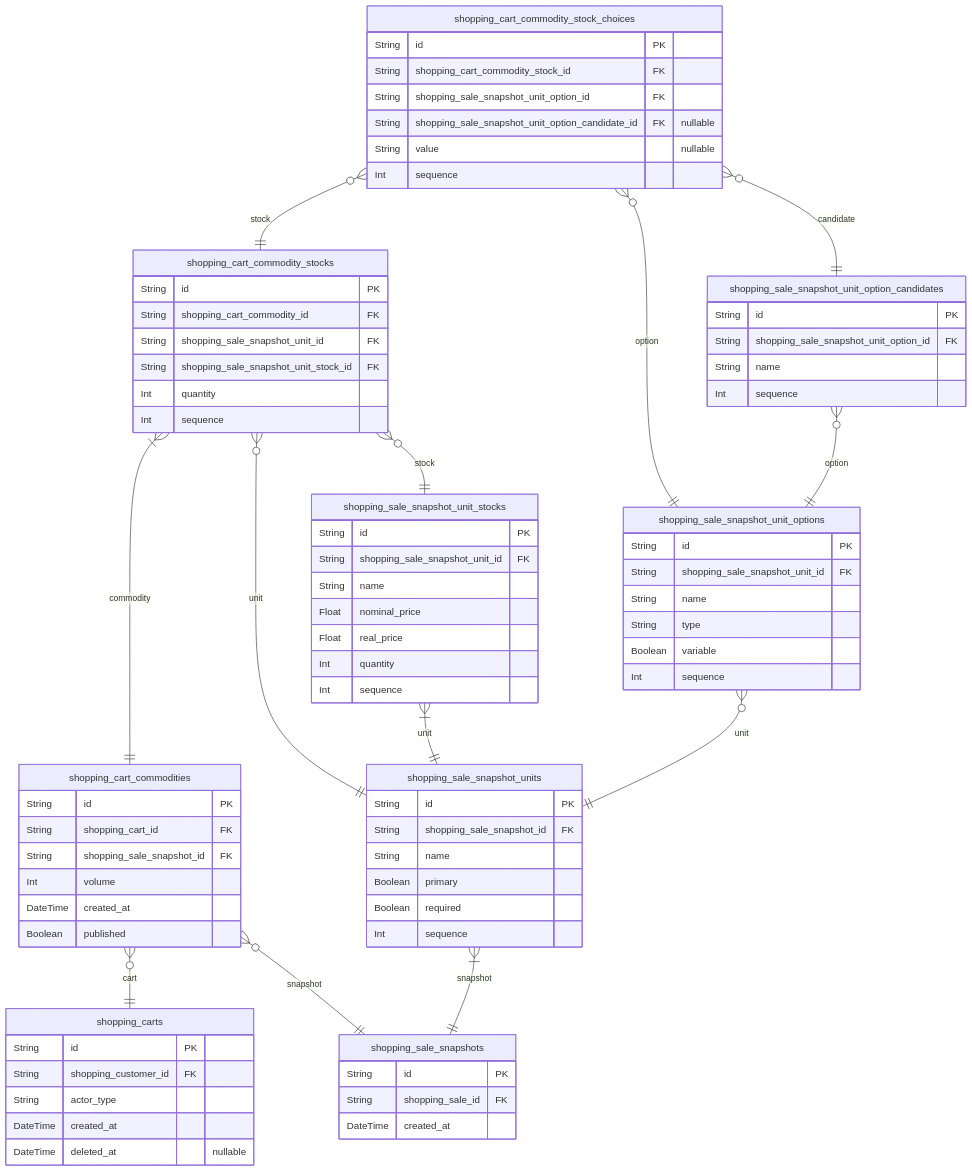
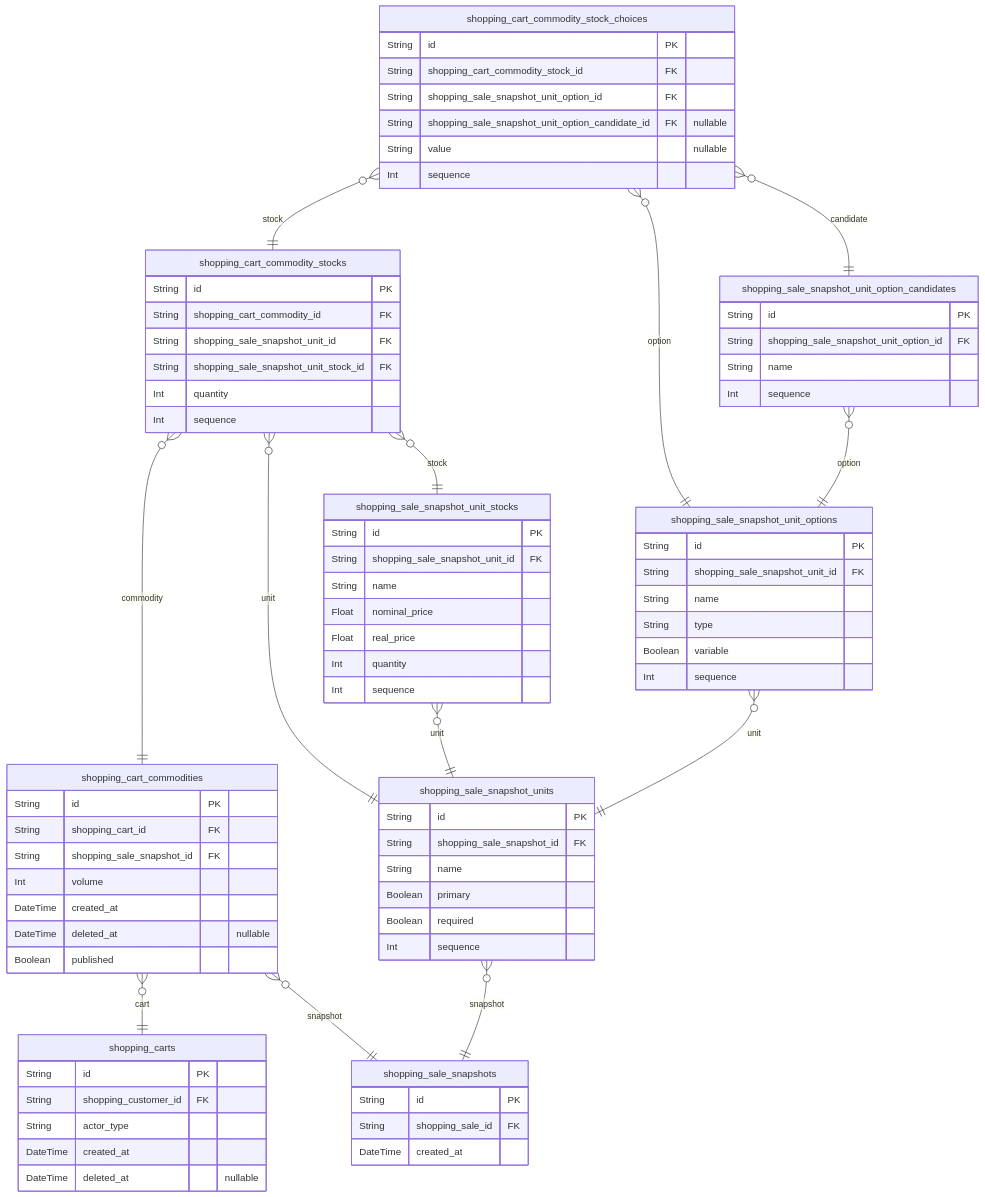
The fifth of 10 diagrams in ERD.md (samchon/prisma-markdown), drawn with Mermaid before and after one commit. The commit also changed other lines of this file and 13 other files, not shown here.

````diff
--- a/ERD.md
+++ b/ERD.md
@@ -1175,82 +1207,83 @@
 ```mermaid
 erDiagram
 "shopping_carts" {
-    String id PK
-    String shopping_customer_id FK
-    String actor_type
-    DateTime created_at
-    DateTime deleted_at "nullable"
+  String id PK
+  String shopping_customer_id FK
+  String actor_type
+  DateTime created_at
+  DateTime deleted_at "nullable"
 }
 "shopping_cart_commodities" {
-    String id PK
-    String shopping_cart_id FK
-    String shopping_sale_snapshot_id FK
-    Int volume
-    DateTime created_at
-    Boolean published
+  String id PK
+  String shopping_cart_id FK
+  String shopping_sale_snapshot_id FK
+  Int volume
+  DateTime created_at
+  DateTime deleted_at "nullable"
+  Boolean published
 }
 "shopping_cart_commodity_stocks" {
-    String id PK
-    String shopping_cart_commodity_id FK
-    String shopping_sale_snapshot_unit_id FK
-    String shopping_sale_snapshot_unit_stock_id FK
-    Int quantity
-    Int sequence
+  String id PK
+  String shopping_cart_commodity_id FK
+  String shopping_sale_snapshot_unit_id FK
+  String shopping_sale_snapshot_unit_stock_id FK
+  Int quantity
+  Int sequence
 }
 "shopping_cart_commodity_stock_choices" {
-    String id PK
-    String shopping_cart_commodity_stock_id FK
-    String shopping_sale_snapshot_unit_option_id FK
-    String shopping_sale_snapshot_unit_option_candidate_id FK "nullable"
-    String value "nullable"
-    Int sequence
+  String id PK
+  String shopping_cart_commodity_stock_id FK
+  String shopping_sale_snapshot_unit_option_id FK
+  String shopping_sale_snapshot_unit_option_candidate_id FK "nullable"
+  String value "nullable"
+  Int sequence
 }
 "shopping_sale_snapshots" {
-    String id PK
-    String shopping_sale_id FK
-    DateTime created_at
+  String id PK
+  String shopping_sale_id FK
+  DateTime created_at
 }
 "shopping_sale_snapshot_units" {
-    String id PK
-    String shopping_sale_snapshot_id FK
-    String name
-    Boolean primary
-    Boolean required
-    Int sequence
+  String id PK
+  String shopping_sale_snapshot_id FK
+  String name
+  Boolean primary
+  Boolean required
+  Int sequence
 }
 "shopping_sale_snapshot_unit_options" {
-    String id PK
-    String shopping_sale_snapshot_unit_id FK
-    String name
-    String type
-    Boolean variable
-    Int sequence
+  String id PK
+  String shopping_sale_snapshot_unit_id FK
+  String name
+  String type
+  Boolean variable
+  Int sequence
 }
 "shopping_sale_snapshot_unit_option_candidates" {
-    String id PK
-    String shopping_sale_snapshot_unit_option_id FK
-    String name
-    Int sequence
+  String id PK
+  String shopping_sale_snapshot_unit_option_id FK
+  String name
+  Int sequence
 }
 "shopping_sale_snapshot_unit_stocks" {
-    String id PK
-    String shopping_sale_snapshot_unit_id FK
-    String name
-    Float nominal_price
-    Float real_price
-    Int quantity
-    Int sequence
+  String id PK
+  String shopping_sale_snapshot_unit_id FK
+  String name
+  Float nominal_price
+  Float real_price
+  Int quantity
+  Int sequence
 }
 "shopping_cart_commodities" }o--|| "shopping_carts" : cart
 "shopping_cart_commodities" }o--|| "shopping_sale_snapshots" : snapshot
-"shopping_cart_commodity_stocks" }|--|| "shopping_cart_commodities" : commodity
+"shopping_cart_commodity_stocks" }o--|| "shopping_cart_commodities" : commodity
 "shopping_cart_commodity_stocks" }o--|| "shopping_sale_snapshot_units" : unit
 "shopping_cart_commodity_stocks" }o--|| "shopping_sale_snapshot_unit_stocks" : stock
 "shopping_cart_commodity_stock_choices" }o--|| "shopping_cart_commodity_stocks" : stock
 "shopping_cart_commodity_stock_choices" }o--|| "shopping_sale_snapshot_unit_options" : option
 "shopping_cart_commodity_stock_choices" }o--|| "shopping_sale_snapshot_unit_option_candidates" : candidate
-"shopping_sale_snapshot_units" }|--|| "shopping_sale_snapshots" : snapshot
+"shopping_sale_snapshot_units" }o--|| "shopping_sale_snapshots" : snapshot
 "shopping_sale_snapshot_unit_options" }o--|| "shopping_sale_snapshot_units" : unit
 "shopping_sale_snapshot_unit_option_candidates" }o--|| "shopping_sale_snapshot_unit_options" : option
-"shopping_sale_snapshot_unit_stocks" }|--|| "shopping_sale_snapshot_units" : unit
+"shopping_sale_snapshot_unit_stocks" }o--|| "shopping_sale_snapshot_units" : unit
 ```
````
